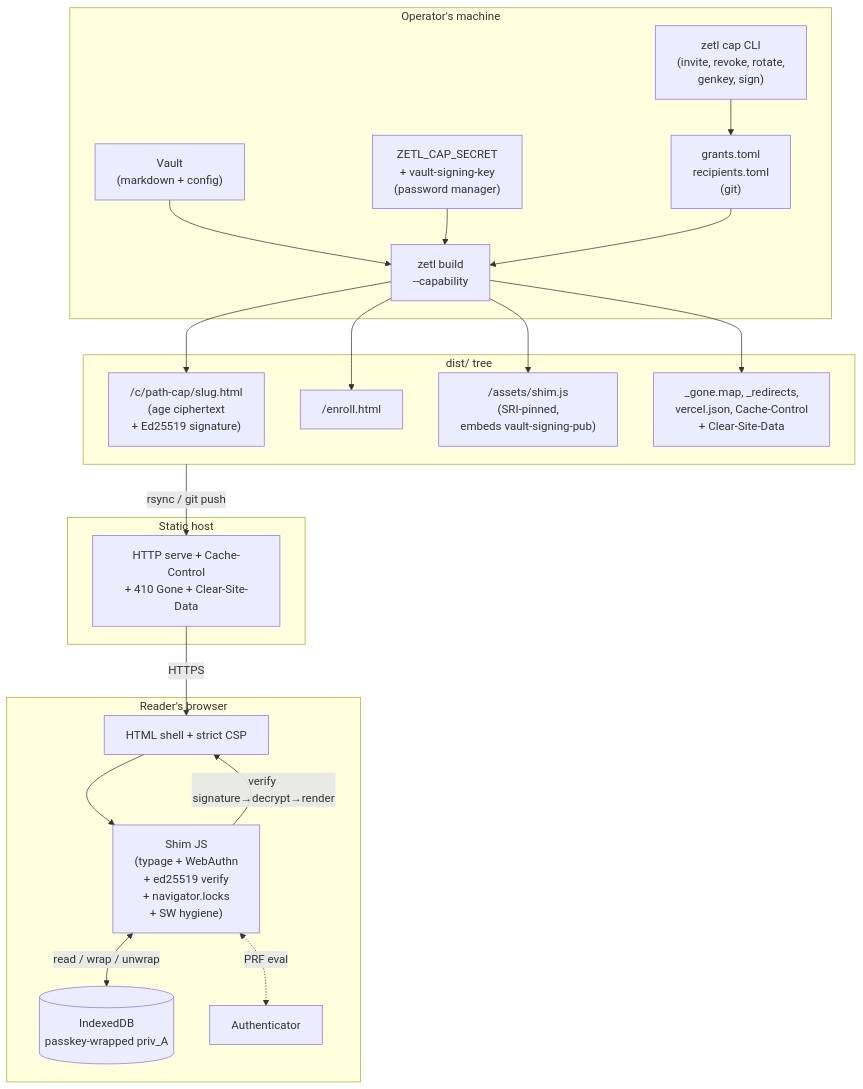
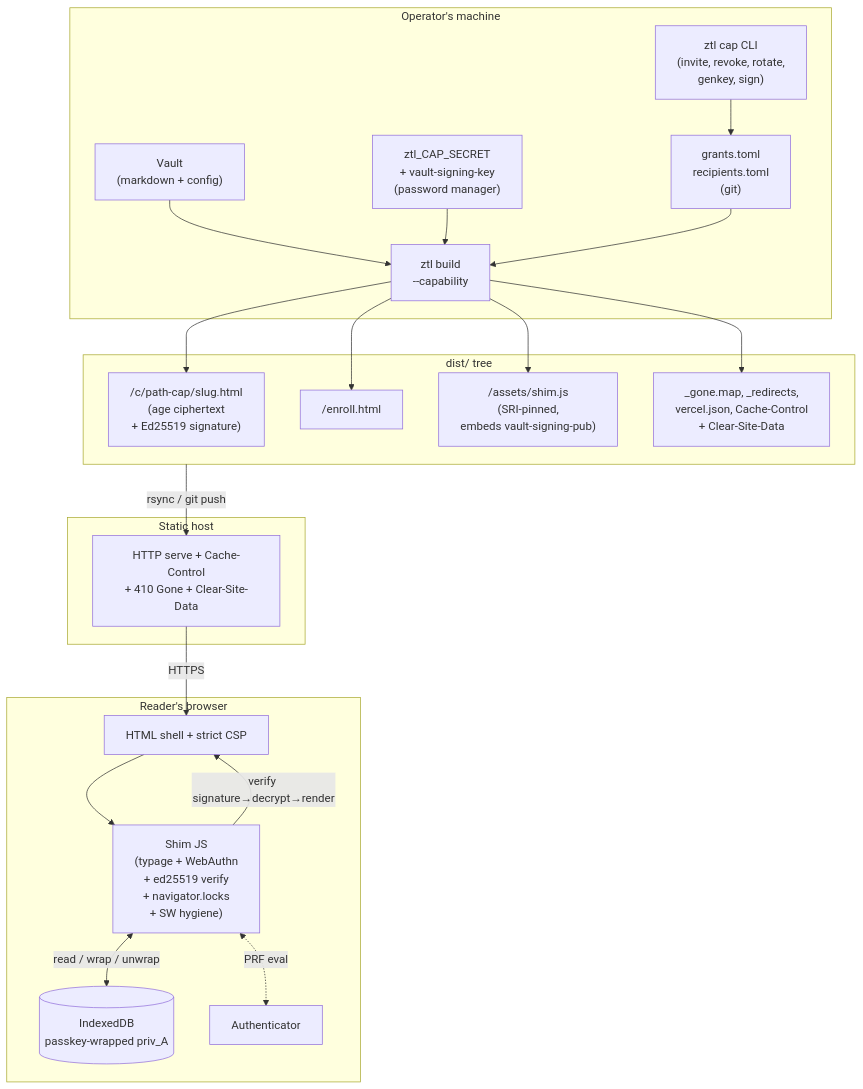
One commit to anuna-research/zetl changed the first of 4 diagrams in specs/SPEC-034.md. Above: the diagram before and after it, drawn with Mermaid. The commit also changed other lines of this file and 520 other files, not shown here.

First line of the commit message:
rename: zetl -> ztl

````diff
--- a/specs/SPEC-034.md
+++ b/specs/SPEC-034.md
@@ -117,43 +117,43 @@
 ```mermaid
 flowchart TB
     subgraph OperatorMachine["Operator's machine"]
         Vault["Vault<br/>(markdown + config)"]
-        Secret["ZETL_CAP_SECRET<br/>+ vault-signing-key<br/>(password manager)"]
+        Secret["ztl_CAP_SECRET<br/>+ vault-signing-key<br/>(password manager)"]
         Grants["grants.toml<br/>recipients.toml<br/>(git)"]
-        CLI["zetl cap CLI<br/>(invite, revoke, rotate,<br/>genkey, sign)"]
-        Build["zetl build<br/>--capability"]
+        CLI["ztl cap CLI<br/>(invite, revoke, rotate,<br/>genkey, sign)"]
+        Build["ztl build<br/>--capability"]
     end
 
     subgraph DistTree["dist/ tree"]
         EncPages["/c/path-cap/slug.html<br/>(age ciphertext<br/>+ Ed25519 signature)"]
         Enroll["/enroll.html"]
         Shim["/assets/shim.js<br/>(SRI-pinned,<br/>embeds vault-signing-pub)"]
         Deploy["_gone.map, _redirects,<br/>vercel.json, Cache-Control<br/>+ Clear-Site-Data"]
     end
 
     subgraph StaticHost["Static host"]
         CDN["HTTP serve + Cache-Control<br/>+ 410 Gone + Clear-Site-Data"]
     end
 
     subgraph ReaderBrowser["Reader's browser"]
         Page["HTML shell + strict CSP"]
         ShimRuntime["Shim JS<br/>(typage + WebAuthn<br/>+ ed25519 verify<br/>+ navigator.locks<br/>+ SW hygiene)"]
         IDB[(IndexedDB<br/>passkey-wrapped priv_A)]
         Authenticator["Authenticator"]
     end
 
     Vault --> Build
     Secret --> Build
     Grants --> Build
     CLI --> Grants
     Build --> EncPages
     Build --> Enroll
     Build --> Shim
     Build --> Deploy
     DistTree -->|rsync / git push| CDN
     CDN -->|HTTPS| Page
     Page --> ShimRuntime
     ShimRuntime <-.->|PRF eval| Authenticator
     ShimRuntime <-->|read / wrap / unwrap| IDB
     ShimRuntime -->|verify signature→decrypt→render| Page
 ```
````
